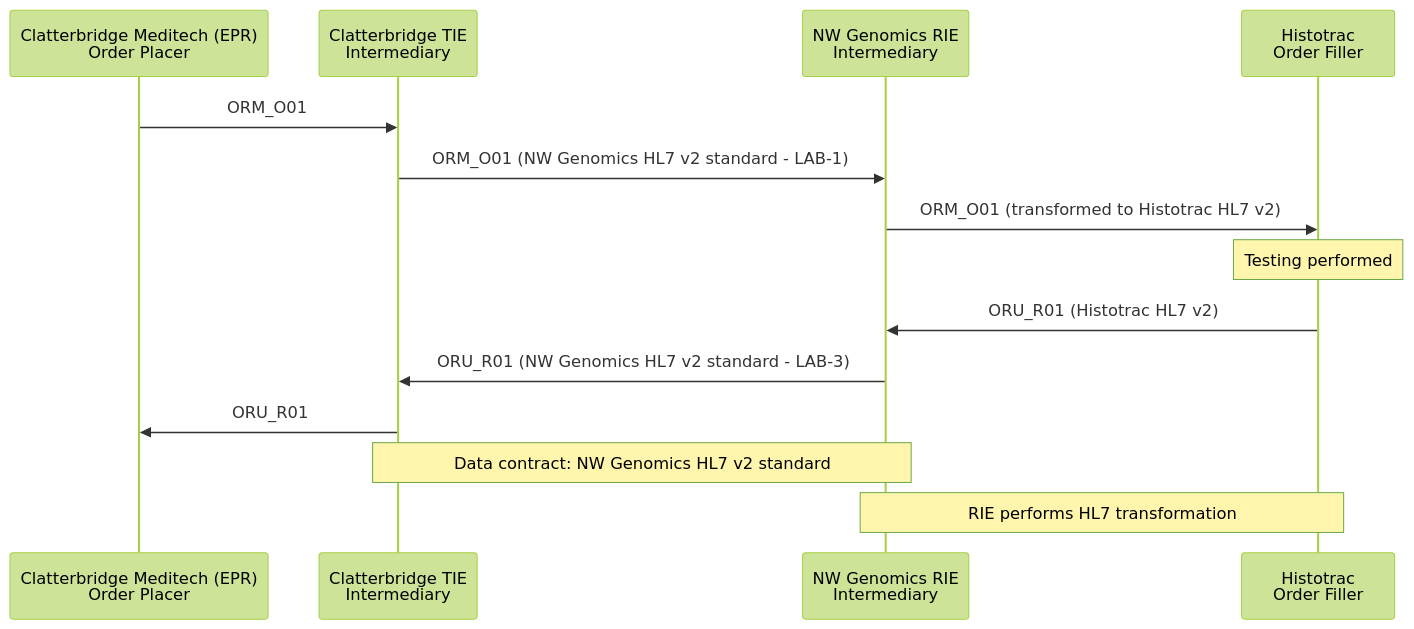
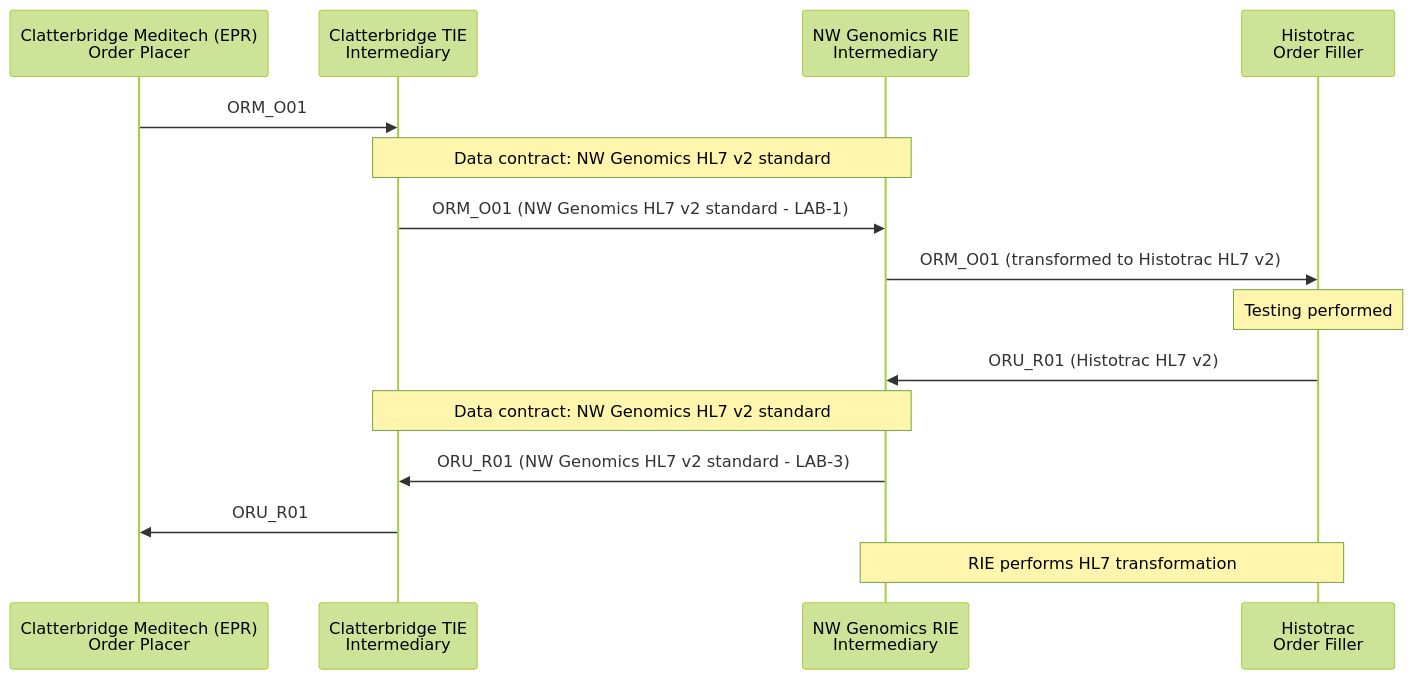
Before and after one commit to nw-gmsa/nw-gmsa.github.com: the fourth of 5 diagrams in input/pagecontent/HistocompatibilityAndImmunogenetics.md, drawn with Mermaid (forest theme).

Commit message:
Move data contract note inline next to each RIE<->CTIE message
Places the "Data contract: NW Genomics HL7 v2 standard" note directly
above the order and report legs it applies to, instead of a single
note at the end of the sequence diagram.

Claude-Session: https://claude.ai/code/session_01N5972Py1sak9wchLVU9DqB

````diff
--- a/input/pagecontent/HistocompatibilityAndImmunogenetics.md
+++ b/input/pagecontent/HistocompatibilityAndImmunogenetics.md
@@ -134,18 +134,19 @@
 ```mermaid
 sequenceDiagram
     participant CM as Clatterbridge Meditech (EPR)<br/>Order Placer
     participant CTIE as Clatterbridge TIE<br/>Intermediary
     participant RIE as NW Genomics RIE<br/>Intermediary
     participant Histotrac as Histotrac<br/>Order Filler
 
     CM->>CTIE: ORM_O01
+    Note over CTIE,RIE: Data contract: NW Genomics HL7 v2 standard
     CTIE->>RIE: ORM_O01 (NW Genomics HL7 v2 standard - LAB-1)
     RIE->>Histotrac: ORM_O01 (transformed to Histotrac HL7 v2)
     Note over Histotrac: Testing performed
     Histotrac->>RIE: ORU_R01 (Histotrac HL7 v2)
+    Note over CTIE,RIE: Data contract: NW Genomics HL7 v2 standard
     RIE->>CTIE: ORU_R01 (NW Genomics HL7 v2 standard - LAB-3)
     CTIE->>CM: ORU_R01
 
-    Note over CTIE,RIE: Data contract: NW Genomics HL7 v2 standard
     Note over RIE,Histotrac: RIE performs HL7 transformation
 ```
````
